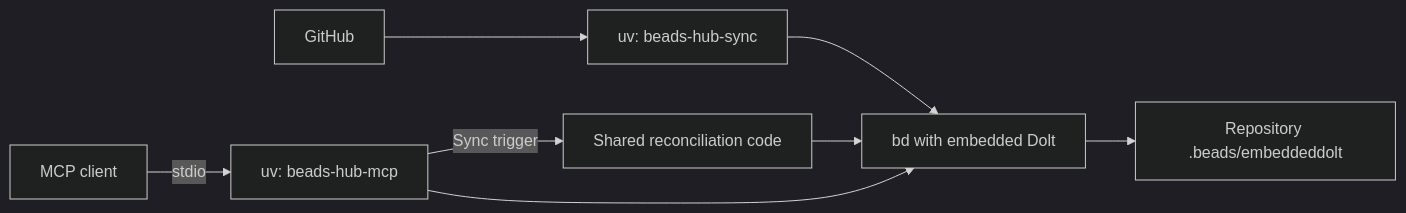
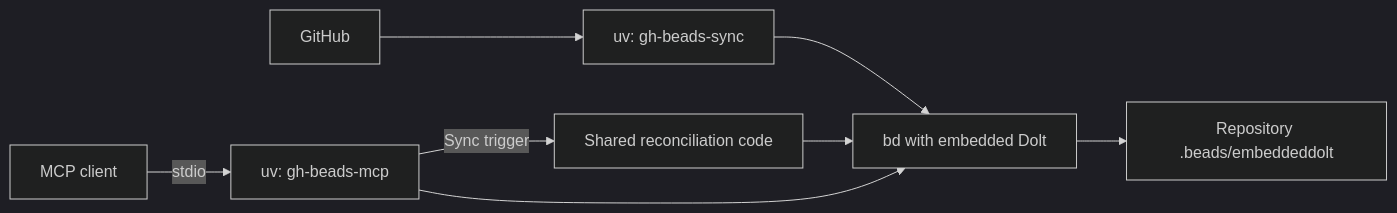
Before and after one commit to juftin/gh-beads: the diagram in docs/local.md, drawn with Mermaid (dark theme). The commit also changed other lines of this file and 37 other files, not shown here.

````diff
--- a/docs/local.md
+++ b/docs/local.md
@@ -5,10 +5,10 @@
 ```mermaid
 flowchart LR
-    GitHub[GitHub] --> Poller[uv: beads-hub-sync]
-    Agent[MCP client] -->|stdio| MCP[uv: beads-hub-mcp]
+    GitHub[GitHub] --> Poller[uv: gh-beads-sync]
+    Agent[MCP client] -->|stdio| MCP[uv: gh-beads-mcp]
     MCP -->|Sync trigger| Reconcile[Shared reconciliation code]
     Poller --> BD[bd with embedded Dolt]
     Reconcile --> BD
     MCP --> BD
     BD --> Disk[Repository .beads/embeddeddolt]
 ```
````
